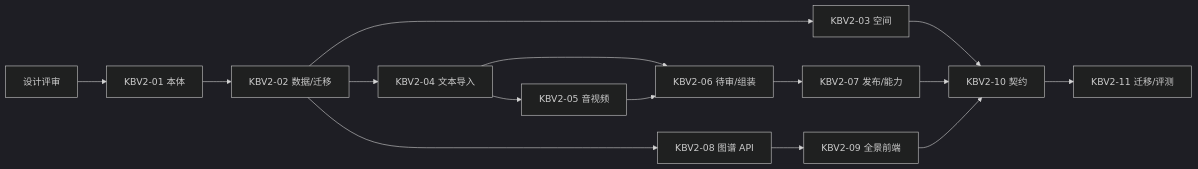
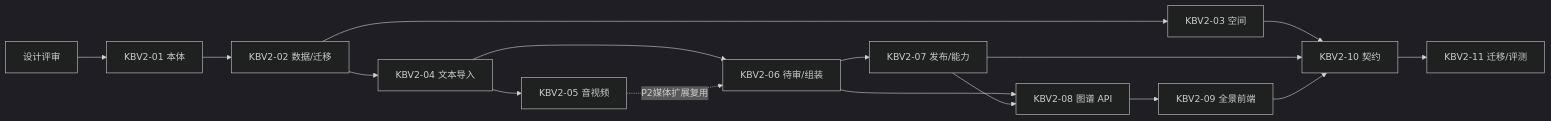
The diagram in docs/product/knowledge/v2/tasks.md (insanetoto/nuochong-page), drawn with Mermaid (dark theme) before and after one commit. The commit also changed other lines of this file and 13 other files, not shown here.

````diff
--- a/docs/product/knowledge/v2/tasks.md
+++ b/docs/product/knowledge/v2/tasks.md
@@ -34,17 +34,18 @@
 ```mermaid
 flowchart LR
   D[设计评审] --> O[KBV2-01 本体]
   O --> M[KBV2-02 数据/迁移]
   M --> S[KBV2-03 空间]
   M --> I[KBV2-04 文本导入]
   I --> R[KBV2-06 待审/组装]
   R --> P[KBV2-07 发布/能力]
-  M --> G[KBV2-08 图谱 API]
+  R --> G[KBV2-08 图谱 API]
+  P --> G
   G --> H[KBV2-09 全景前端]
   I --> A[KBV2-05 音视频]
-  A --> R
+  A -. P2媒体扩展复用 .-> R
   S --> C[KBV2-10 契约]
   P --> C
   H --> C
   C --> T[KBV2-11 迁移/评测]
 ```
````
